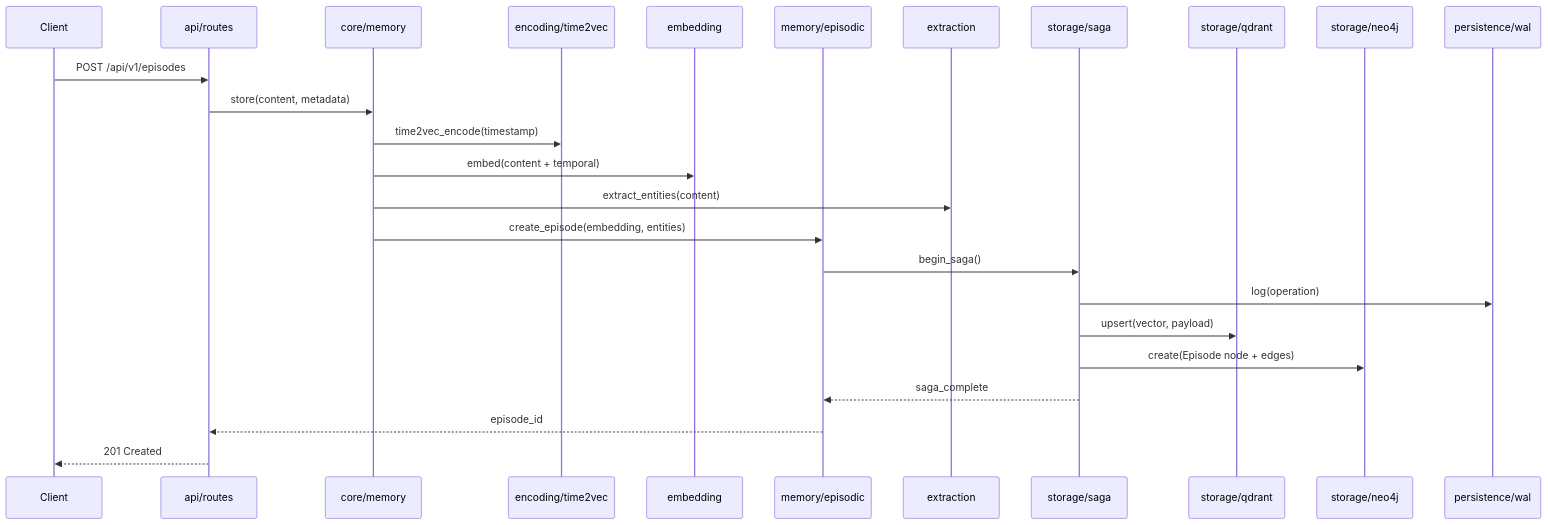
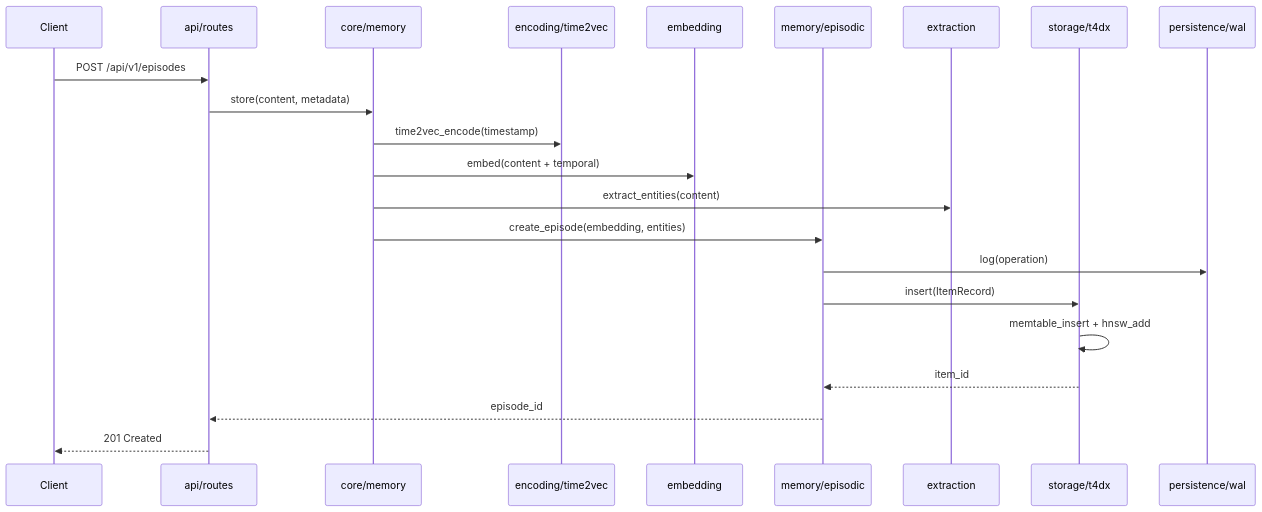
One commit to astoreyai/t4d changed the third of 10 diagrams in docs/SYSTEM_ARCHITECTURE_MASTER.md. Above: the diagram before and after it, drawn with Mermaid. The commit also changed other lines of this file and 5 other files, not shown here.

First line of the commit message:
Update core docs: Remove Neo4j/Qdrant refs, add T4DX

````diff
--- a/docs/SYSTEM_ARCHITECTURE_MASTER.md
+++ b/docs/SYSTEM_ARCHITECTURE_MASTER.md
@@ -148,28 +148,25 @@
 ```mermaid
 sequenceDiagram
     participant Client
     participant API as api/routes
     participant Core as core/memory
     participant Enc as encoding/time2vec
     participant Emb as embedding
     participant Mem as memory/episodic
     participant Ext as extraction
-    participant Saga as storage/saga
-    participant Qdrant as storage/qdrant
-    participant Neo4j as storage/neo4j
+    participant T4DX as storage/t4dx
     participant WAL as persistence/wal
 
     Client->>API: POST /api/v1/episodes
     API->>Core: store(content, metadata)
     Core->>Enc: time2vec_encode(timestamp)
     Core->>Emb: embed(content + temporal)
     Core->>Ext: extract_entities(content)
     Core->>Mem: create_episode(embedding, entities)
-    Mem->>Saga: begin_saga()
-    Saga->>WAL: log(operation)
-    Saga->>Qdrant: upsert(vector, payload)
-    Saga->>Neo4j: create(Episode node + edges)
-    Saga-->>Mem: saga_complete
+    Mem->>WAL: log(operation)
+    Mem->>T4DX: insert(ItemRecord)
+    T4DX->>T4DX: memtable_insert + hnsw_add
+    T4DX-->>Mem: item_id
     Mem-->>API: episode_id
     API-->>Client: 201 Created
 ```
````
